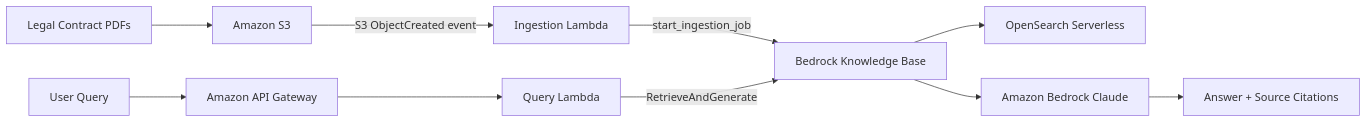
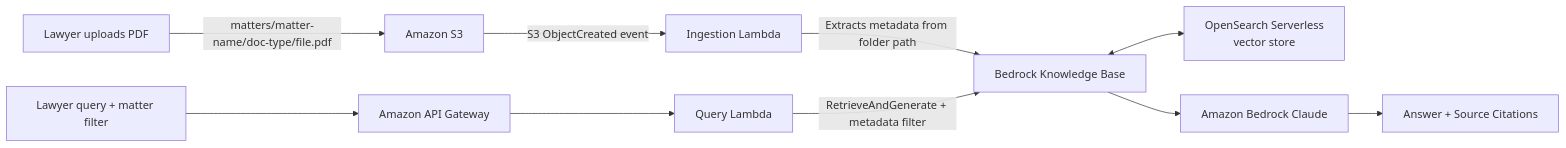
One commit to nathanielkay11-tech/aws-bedrock-rag-pipeline changed the diagram in README.md. Above: the diagram before and after it, drawn with Mermaid.

Commit message:
docs: update architecture diagram to reflect metadata and dual Lambda

````diff
--- a/README.md
+++ b/README.md
@@ -150,12 +150,12 @@
 ```mermaid
 graph LR
-    A[Legal Contract PDFs] --> B[Amazon S3]
+    A[Lawyer uploads PDF] -->|matters/matter-name/doc-type/file.pdf| B[Amazon S3]
     B -->|S3 ObjectCreated event| C[Ingestion Lambda]
-    C -->|start_ingestion_job| D[Bedrock Knowledge Base]
-    D --> E[OpenSearch Serverless]
-    F[User Query] --> G[Amazon API Gateway]
+    C -->|Extracts metadata from folder path| D[Bedrock Knowledge Base]
+    D <--> E[OpenSearch Serverless\nvector store]
+    F[Lawyer query + matter filter] --> G[Amazon API Gateway]
     G --> H[Query Lambda]
-    H -->|RetrieveAndGenerate| D
+    H -->|RetrieveAndGenerate + metadata filter| D
     D --> I[Amazon Bedrock Claude]
     I --> J[Answer + Source Citations]
 ```
````
